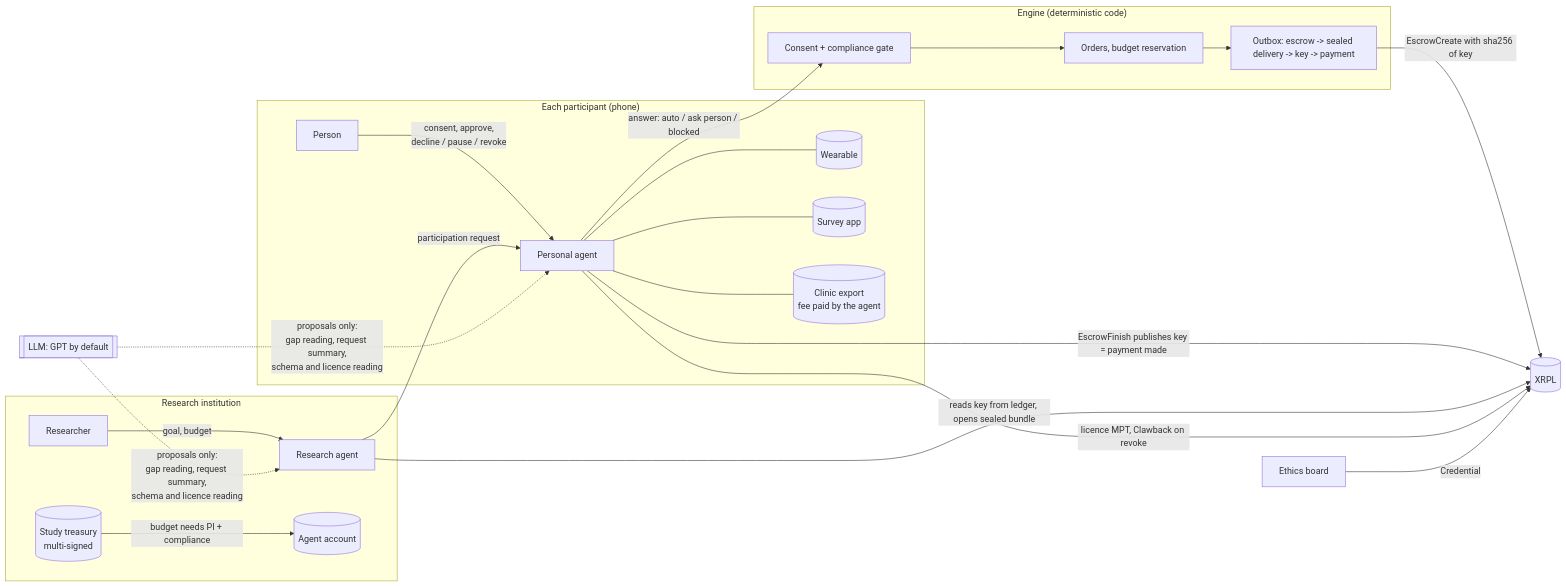
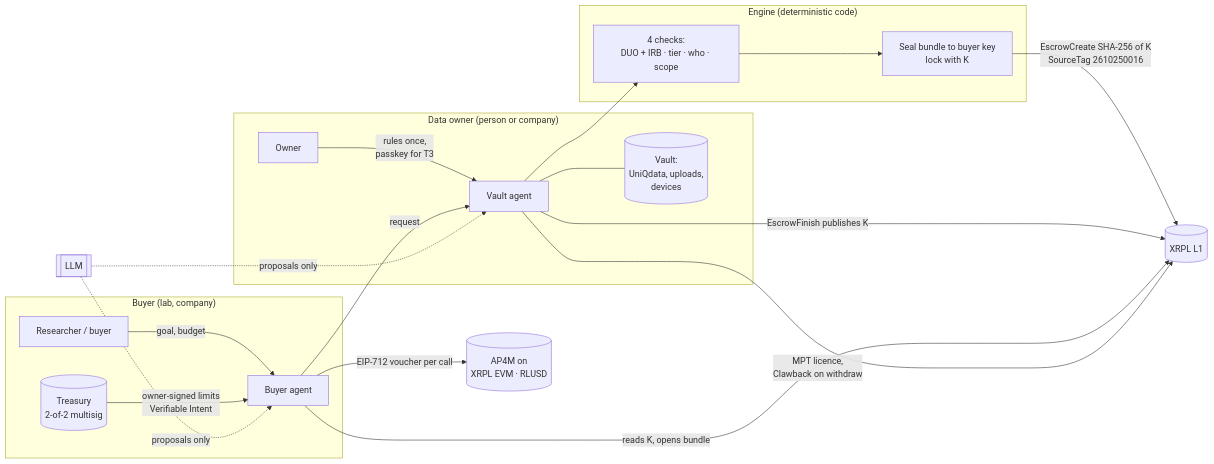
One commit to SportiQue-inc/xrpl-hackathon-nyc-2026 changed the diagram in README.md. Above: the diagram before and after it, drawn with Mermaid. The commit also changed other lines of this file and 9 other files, not shown here.

First line of the commit message:
README: Vault Agent front page with logo, two products, agent decisions, AP4M receipts, Run C and Run D

````diff
--- a/README.md
+++ b/README.md
@@ -125,24 +212,23 @@
 ```mermaid
 flowchart LR
-  subgraph Lab["Research institution"]
-    R[Researcher] -->|goal, budget| RA[Research agent]
-    RT[(Study treasury<br/>multi-signed)] -->|budget needs PI + compliance| RW[(Agent account)]
+  subgraph Owner["Data owner (person or company)"]
+    O[Owner] -->|rules once,<br/>passkey for T3| VA[Vault agent]
+    VA --- V[(Vault:<br/>UniQdata, uploads,<br/>devices)]
   end
-  subgraph Person["Each participant (phone)"]
-    P[Person] -->|consent, approve,<br/>decline / pause / revoke| PA[Personal agent]
-    PA --- W[(Wearable)] & S[(Survey app)] & C[(Clinic export<br/>fee paid by the agent)]
+  subgraph Buyer["Buyer (lab, company)"]
+    B[Researcher / buyer] -->|goal, budget| BA[Buyer agent]
+    T[(Treasury<br/>2-of-2 multisig)] -->|owner-signed limits<br/>Verifiable Intent| BA
   end
   subgraph Engine["Engine (deterministic code)"]
-    POL[Consent + compliance gate]
-    ORD[Orders, budget reservation]
-    OB[Outbox: escrow -> sealed delivery -> key -> payment]
+    G[4 checks:<br/>DUO + IRB · tier · who · scope]
+    S[Seal bundle to buyer key<br/>lock with K]
   end
-  RA -->|participation request| PA
-  PA -->|answer: auto / ask person / blocked| POL --> ORD --> OB
-  OB -->|EscrowCreate with sha256 of key| XRPL[(XRPL)]
-  PA -->|EscrowFinish publishes key = payment made| XRPL
-  RA -->|reads key from ledger, opens sealed bundle| XRPL
-  PA -->|licence MPT, Clawback on revoke| XRPL
-  ETH[Ethics board] -->|Credential| XRPL
-  LLM[[LLM: GPT by default]] -.->|proposals only:<br/>gap reading, request summary,<br/>schema and licence reading| RA & PA
+  BA -->|request| VA
+  VA --> G --> S
+  S -->|EscrowCreate SHA-256 of K<br/>SourceTag 2610250016| XRPL[(XRPL L1)]
+  VA -->|EscrowFinish publishes K| XRPL
+  BA -->|reads K, opens bundle| XRPL
+  VA -->|MPT licence,<br/>Clawback on withdraw| XRPL
+  BA -->|EIP-712 voucher per call| AP4M[(AP4M on<br/>XRPL EVM · RLUSD)]
+  LLM[[LLM]] -.->|proposals only| BA & VA
 ```
````
